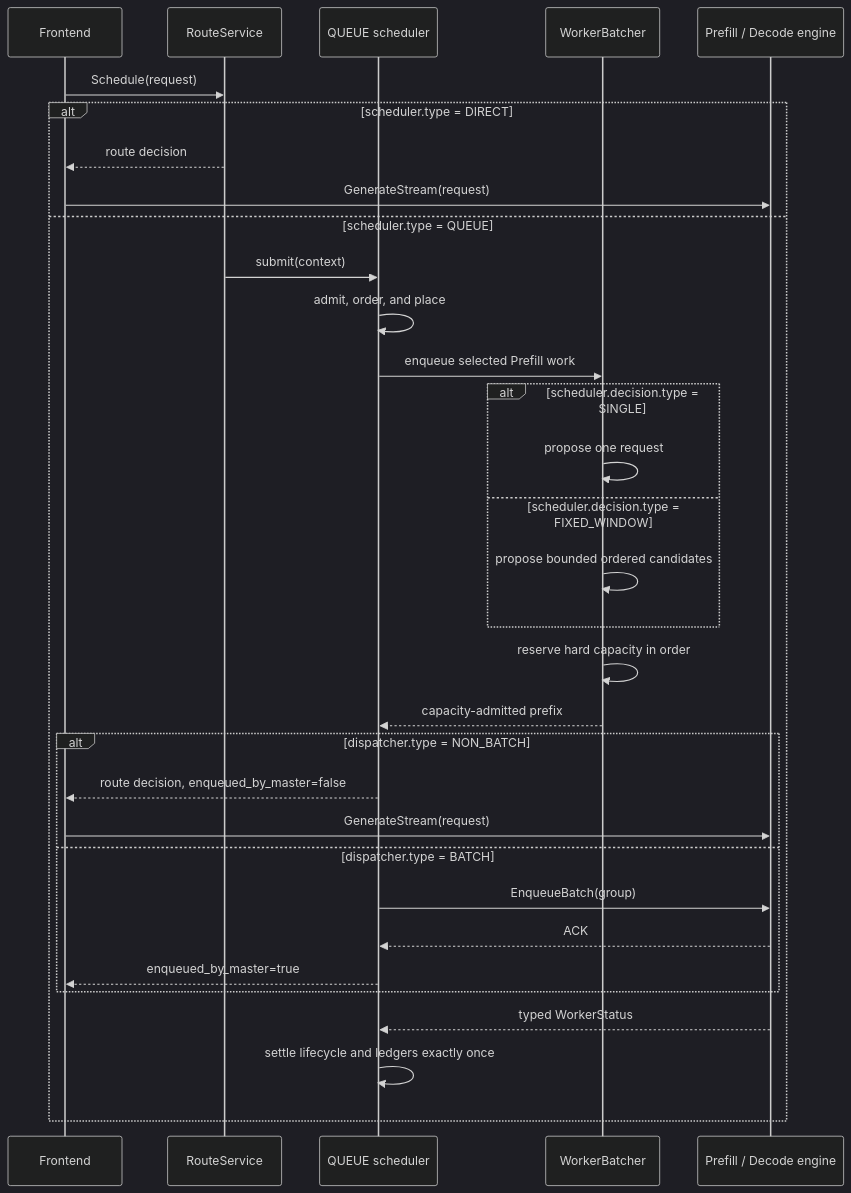
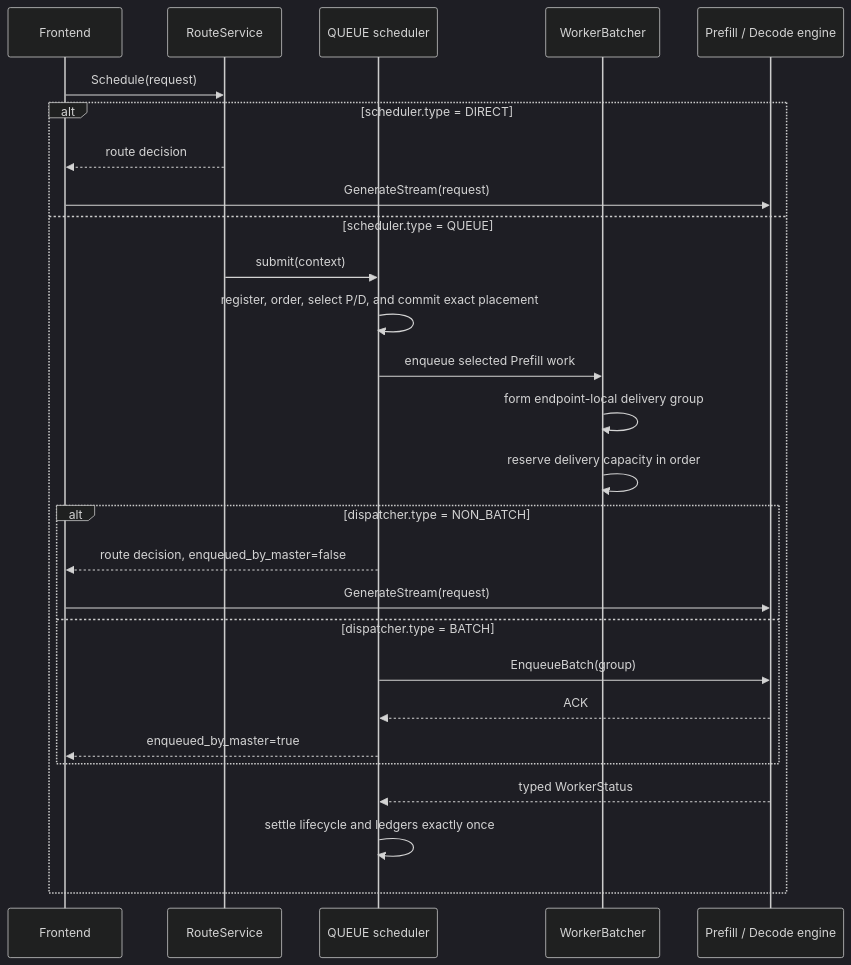
One commit to alibaba/rtp-llm changed the second of 2 diagrams in rtp_llm/flexlb/docs/priority-scheduler-delivery-modes.md. Above: the diagram before and after it, drawn with Mermaid (dark theme). The commit also changed other lines of this file and 77 other files, not shown here.

Commit message:
refactor(flexlb): unify queued placement and delivery credits

````diff
--- a/rtp_llm/flexlb/docs/priority-scheduler-delivery-modes.md
+++ b/rtp_llm/flexlb/docs/priority-scheduler-delivery-modes.md
@@ -71,35 +72,30 @@
 ```mermaid
 sequenceDiagram
     participant F as Frontend
     participant R as RouteService
     participant S as QUEUE scheduler
     participant W as WorkerBatcher
     participant E as Prefill / Decode engine
 
     F->>R: Schedule(request)
     alt scheduler.type = DIRECT
         R-->>F: route decision
         F->>E: GenerateStream(request)
     else scheduler.type = QUEUE
         R->>S: submit(context)
-        S->>S: admit, order, and place
+        S->>S: register, order, select P/D, and commit exact placement
         S->>W: enqueue selected Prefill work
-        alt scheduler.decision.type = SINGLE
-            W->>W: propose one request
-        else scheduler.decision.type = FIXED_WINDOW
-            W->>W: propose bounded ordered candidates
-        end
-        W->>W: reserve hard capacity in order
-        W-->>S: capacity-admitted prefix
+        W->>W: form endpoint-local delivery group
+        W->>W: reserve delivery capacity in order
         alt dispatcher.type = NON_BATCH
             S-->>F: route decision, enqueued_by_master=false
             F->>E: GenerateStream(request)
         else dispatcher.type = BATCH
             S->>E: EnqueueBatch(group)
             E-->>S: ACK
             S-->>F: enqueued_by_master=true
         end
         E-->>S: typed WorkerStatus
         S->>S: settle lifecycle and ledgers exactly once
     end
 ```
````
